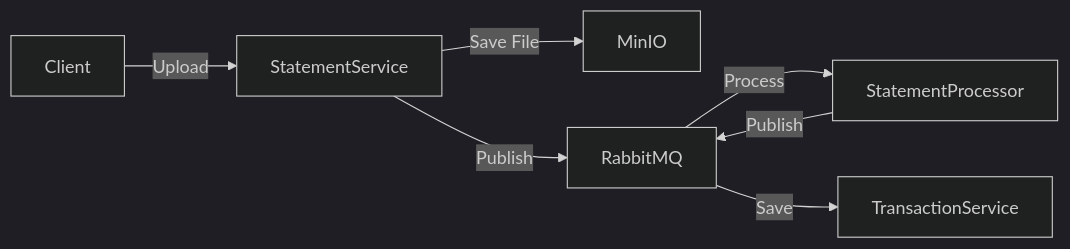
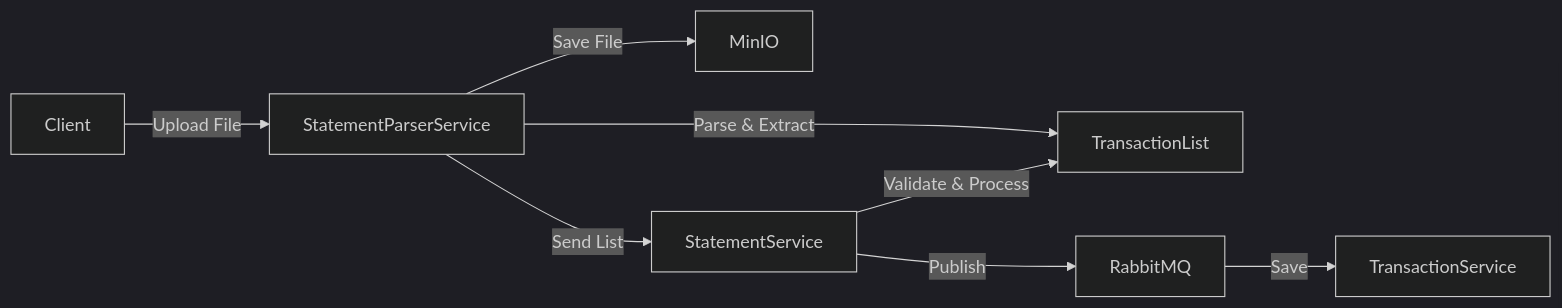
One commit to vinhltt/1.n8n changed the second of 2 diagrams in design/architech_design/overview_v4.md. Above: the diagram before and after it, drawn with Mermaid (dark theme). The commit also changed other lines of this file and 4 other files, not shown here.

First line of the commit message:
feat: Enhance PFM architecture and implement Money Management features

````diff
--- a/design/architech_design/overview_v4.md
+++ b/design/architech_design/overview_v4.md
@@ -64,9 +64,10 @@
 ```mermaid
 flowchart LR
-    Client -->|Upload| StatementService
-    StatementService -->|Save File| MinIO
+    Client -->|Upload File| StatementParserService
+    StatementParserService -->|Save File| MinIO
+    StatementParserService -->|Parse & Extract| TransactionList
+    StatementParserService -->|Send List| StatementService
+    StatementService -->|Validate & Process| TransactionList
     StatementService -->|Publish| RabbitMQ
-    RabbitMQ -->|Process| StatementProcessor
-    StatementProcessor -->|Publish| RabbitMQ
     RabbitMQ -->|Save| TransactionService
 ```
````
